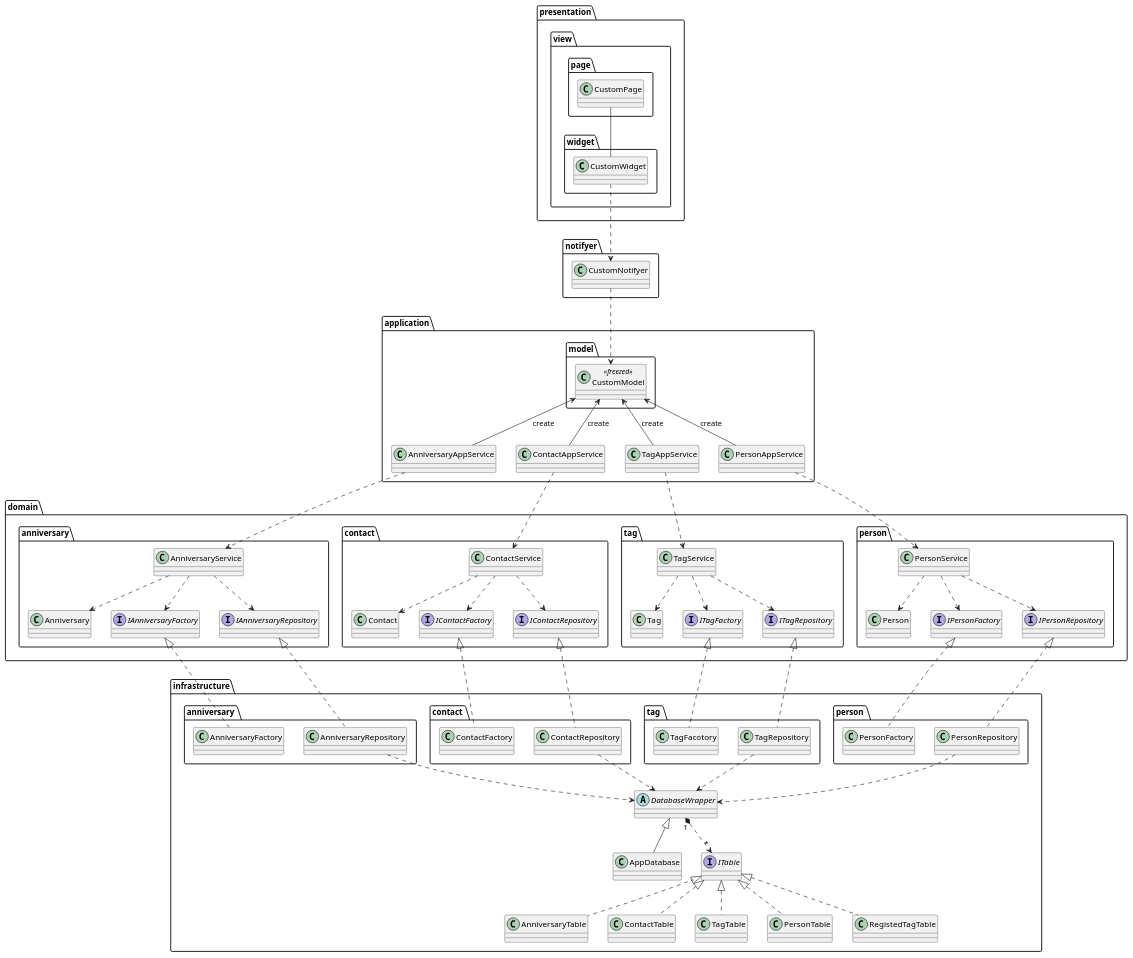
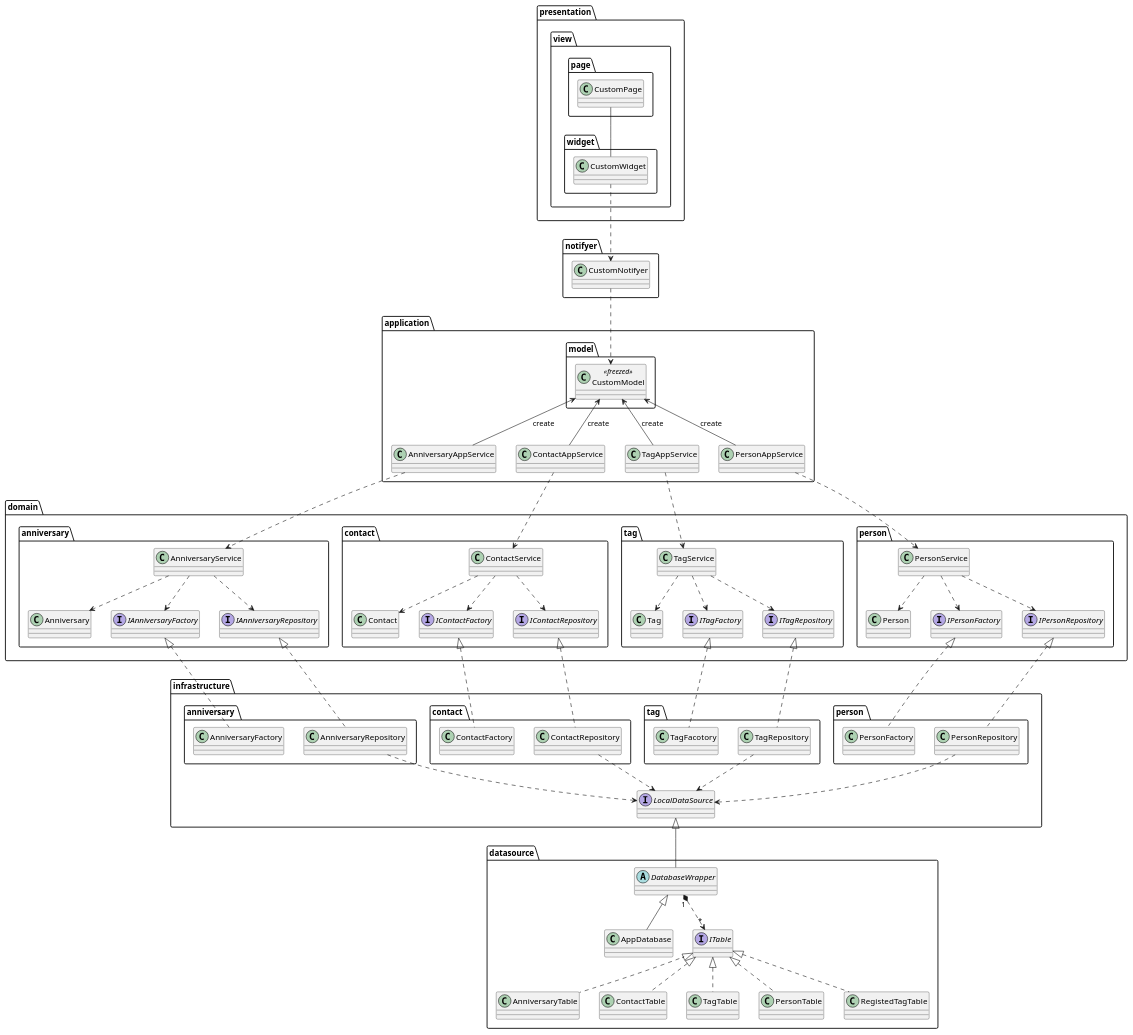
One commit to nmskm240/friend_list changed the diagram in uml/class_diagram.pu. Above: the diagram before and after it, drawn with PlantUML. The commit also changed 1 other file, not shown here.

Commit message:
create data source layer

```diff
--- a/uml/class_diagram.pu
+++ b/uml/class_diagram.pu
@@ -1,140 +1,149 @@
 @startuml
 
 package presentation {
     package view {
         package page {
             class CustomPage
         }
         package widget {
             class CustomWidget
         }
     }
 }
 
 package notifyer {
     class CustomNotifyer
 }
 
 package application {
     package model {
         class CustomModel<<freezed>>
     }
     class AnniversaryAppService
     class ContactAppService
     class TagAppService
     class PersonAppService
 }
 
 package domain {
     package anniversary {
         class Anniversary
         class AnniversaryService
         interface IAnniversaryFactory
         interface IAnniversaryRepository
     }
     package contact {
         class Contact
         class ContactService
         interface IContactFactory
         interface IContactRepository
     }
     package tag {
         class Tag
         class TagService
         interface ITagFactory
         interface ITagRepository
     }
     package person {
         class Person
         class PersonService
         interface IPersonFactory
         interface IPersonRepository
     }
 }
 
 package infrastructure {
     package "anniversary " {
         class AnniversaryFactory
         class AnniversaryRepository
     }
     package "contact " {
         class ContactFactory
         class ContactRepository
     }
     package "tag " {
         class TagFacotory
         class TagRepository
     }
     package "person " {
         class PersonFactory
         class PersonRepository
     }
+    interface LocalDataSource
+}
+
+package datasource {
     class AppDatabase
     class AnniversaryTable
     class ContactTable
     class TagTable
     class PersonTable
     class RegistedTagTable
     abstract DatabaseWrapper
     interface ITable
 }
 
 ' view
 CustomPage -- CustomWidget
 
 ' view - notifyer
 CustomWidget ..> CustomNotifyer
 
 ' notifyer - application
 CustomNotifyer ..> CustomModel
 
 ' application
 CustomModel <-- AnniversaryAppService : create
 CustomModel <-- ContactAppService : create
 CustomModel <-- TagAppService : create
 CustomModel <-- PersonAppService : create
 
 ' application - domain
 AnniversaryAppService ..> AnniversaryService
 ContactAppService ..> ContactService
 TagAppService ..> TagService
 PersonAppService ..> PersonService
 
 ' domain
 AnniversaryService ..> Anniversary
 AnniversaryService ..> IAnniversaryFactory
 AnniversaryService ..> IAnniversaryRepository
 ContactService ..> Contact
 ContactService ..> IContactFactory
 ContactService ..> IContactRepository
 TagService ..> Tag
 TagService ..> ITagFactory
 TagService ..> ITagRepository
 PersonService ..> Person
 PersonService ..> IPersonRepository
 PersonService ..> IPersonFactory
 
 ' domain - infrastructure
 IAnniversaryRepository <|.. AnniversaryRepository
 IAnniversaryFactory <|.. AnniversaryFactory
 IContactFactory <|.. ContactFactory
 IContactRepository <|.. ContactRepository
 ITagFactory <|.. TagFacotory
 ITagRepository <|.. TagRepository
 IPersonFactory <|.. PersonFactory
 IPersonRepository <|.. PersonRepository
 
 ' infrastructure
-AnniversaryRepository ..> DatabaseWrapper
-ContactRepository ..> DatabaseWrapper
-TagRepository ..> DatabaseWrapper
-PersonRepository ..> DatabaseWrapper
+AnniversaryRepository ..> LocalDataSource
+ContactRepository ..> LocalDataSource
+TagRepository ..> LocalDataSource
+PersonRepository ..> LocalDataSource
+
+' infrastructure - datasource
+LocalDataSource <|-- DatabaseWrapper
+
+' datasource
 DatabaseWrapper <|-- AppDatabase
 DatabaseWrapper "1" *..> "*" ITable
 ITable <|.. AnniversaryTable
 ITable <|.. ContactTable
 ITable <|.. TagTable
 ITable <|.. PersonTable
 ITable <|.. RegistedTagTable
 
 @enduml
```
